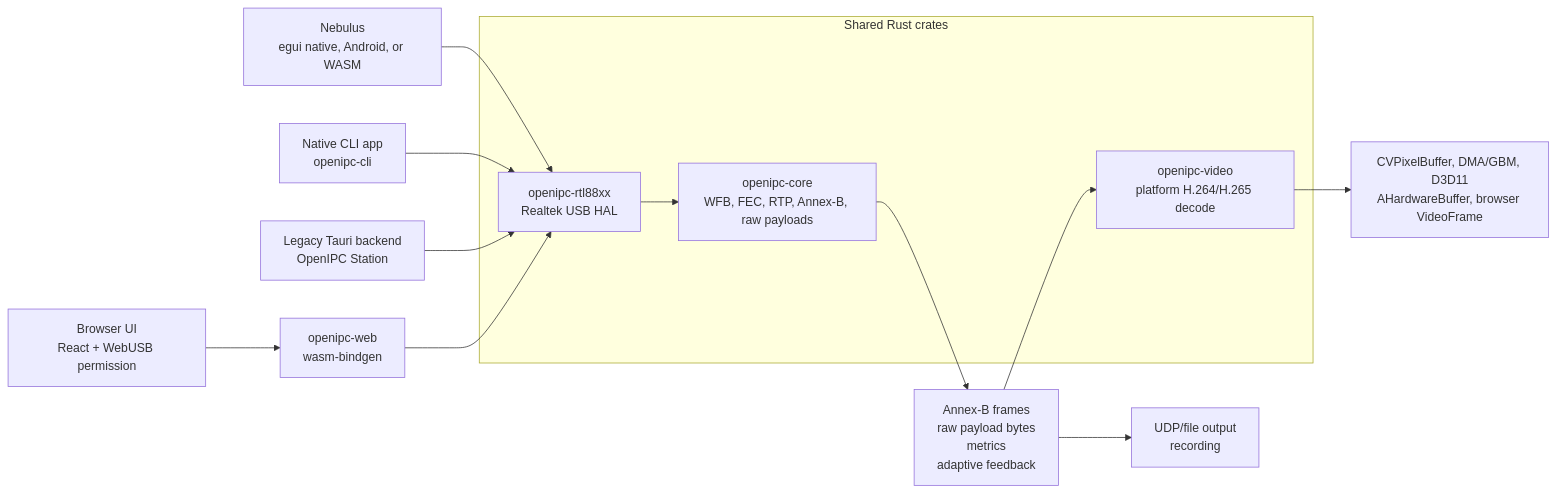
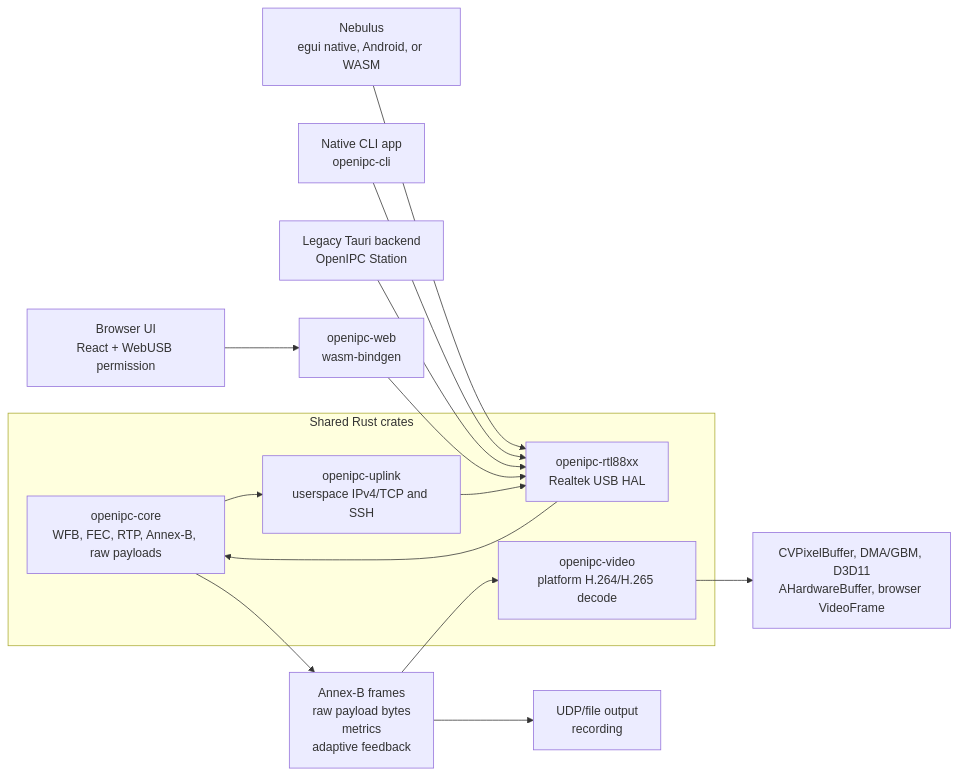
Before and after one commit to neelsani/openipc-rs: the first of 3 diagrams in docs/docs/architecture.md, drawn with Mermaid. The commit also changed other lines of this file and 88 other files, not shown here.

````diff
--- a/docs/docs/architecture.md
+++ b/docs/docs/architecture.md
@@ -11,19 +11,22 @@
 ```mermaid
 flowchart LR
     subgraph Shared["Shared Rust crates"]
         Core["openipc-core<br/>WFB, FEC, RTP, Annex-B, raw payloads"]
         Rtl["openipc-rtl88xx<br/>Realtek USB HAL"]
         Video["openipc-video<br/>platform H.264/H.265 decode"]
+        Uplink["openipc-uplink<br/>userspace IPv4/TCP and SSH"]
     end
 
     Nebulus["Nebulus<br/>egui native, Android, or WASM"] --> Rtl
     Native["Native CLI app<br/>openipc-cli"] --> Rtl
     Desktop["Legacy Tauri backend<br/>OpenIPC Station"] --> Rtl
     Browser["Browser UI<br/>React + WebUSB permission"] --> Wasm["openipc-web<br/>wasm-bindgen"]
     Wasm --> Rtl
     Rtl --> Core
+    Core --> Uplink
+    Uplink --> Rtl
     Core --> Output["Annex-B frames<br/>raw payload bytes<br/>metrics<br/>adaptive feedback"]
     Output --> Video
     Output --> Players["UDP/file output<br/>recording"]
     Video --> NativeSurface["CVPixelBuffer, DMA/GBM, D3D11<br/>AHardwareBuffer, browser VideoFrame"]
 ```
````
